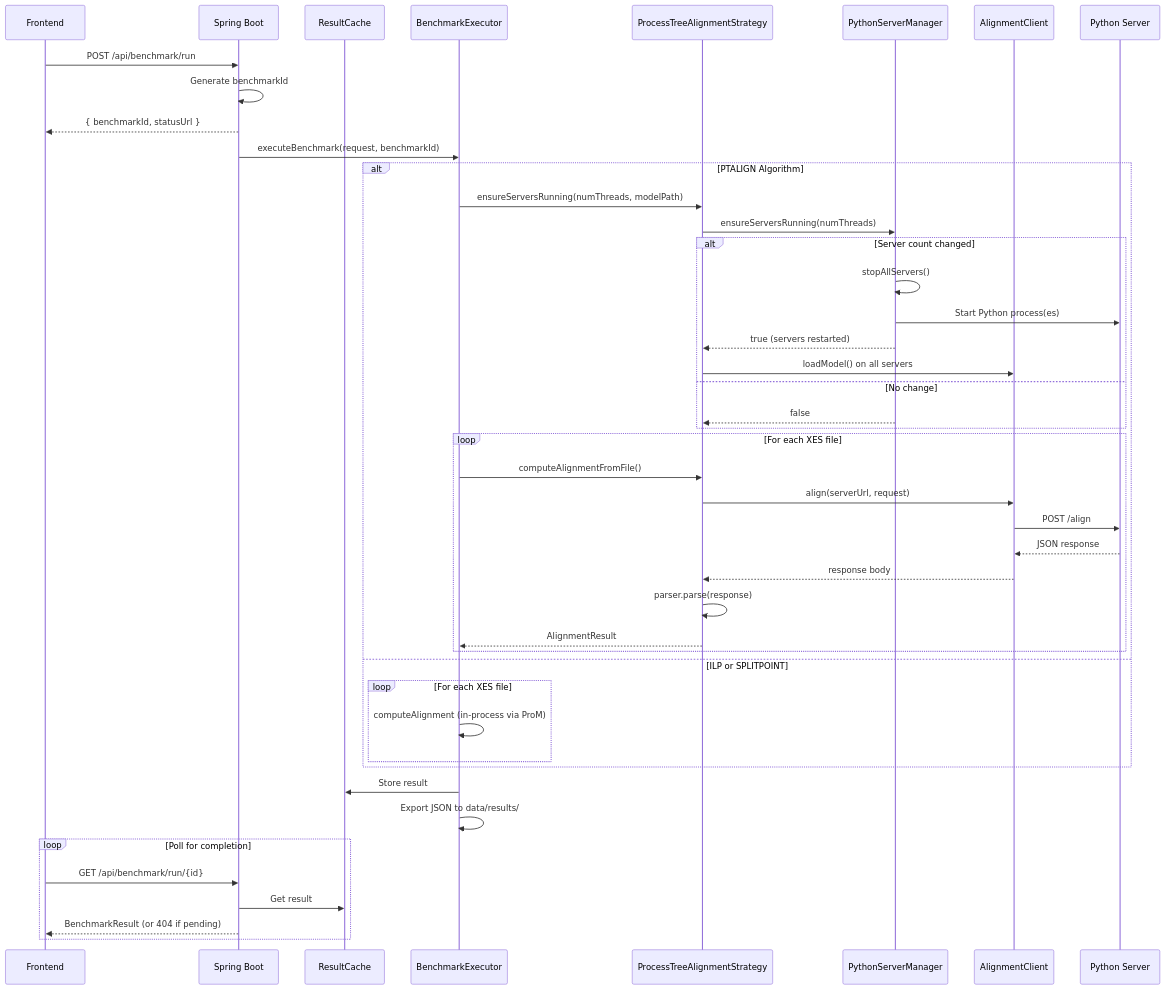
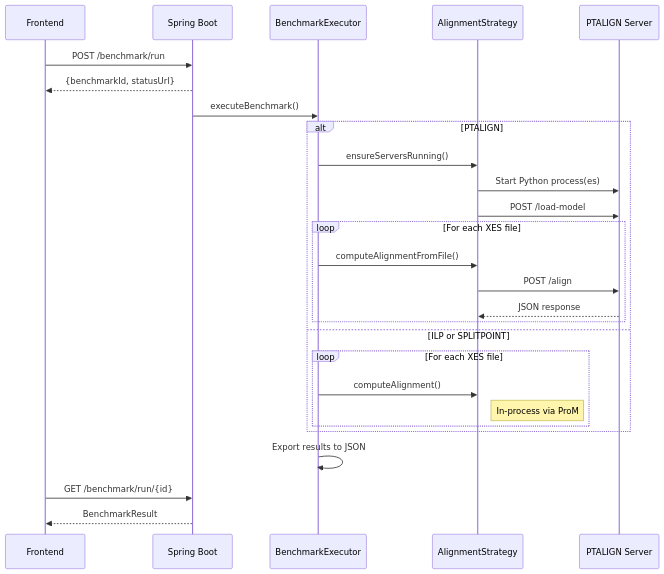
The second of 4 diagrams in docs/architecture.md (christ0ph-w/ccBenchmarkTool), drawn with Mermaid before and after one commit. The commit also changed other lines of this file and 12 other files, not shown here.

````diff
--- a/docs/architecture.md
+++ b/docs/architecture.md
@@ -108,54 +56,34 @@
 ```mermaid
 sequenceDiagram
     participant UI as Frontend
     participant API as Spring Boot
-    participant Cache as ResultCache
     participant Exec as BenchmarkExecutor
-    participant Strategy as ProcessTreeAlignmentStrategy
-    participant ServerMgr as PythonServerManager
-    participant Client as AlignmentClient
-    participant Server as Python Server
+    participant Strategy as AlignmentStrategy
+    participant Server as PTALIGN Server
     
-    UI->>API: POST /api/benchmark/run
-    API->>API: Generate benchmarkId
-    API-->>UI: { benchmarkId, statusUrl }
+    UI->>API: POST /benchmark/run
+    API-->>UI: {benchmarkId, statusUrl}
     
-    API->>Exec: executeBenchmark(request, benchmarkId)
+    API->>Exec: executeBenchmark()
     
-    alt PTALIGN Algorithm
-        Exec->>Strategy: ensureServersRunning(numThreads, modelPath)
-        Strategy->>ServerMgr: ensureServersRunning(numThreads)
-        
-        alt Server count changed
-            ServerMgr->>ServerMgr: stopAllServers()
-            ServerMgr->>Server: Start Python process(es)
-            ServerMgr-->>Strategy: true (servers restarted)
-            Strategy->>Client: loadModel() on all servers
-        else No change
-            ServerMgr-->>Strategy: false
-        end
-        
+    alt PTALIGN
+        Exec->>Strategy: ensureServersRunning()
+        Strategy->>Server: Start Python process(es)
+        Strategy->>Server: POST /load-model
         loop For each XES file
             Exec->>Strategy: computeAlignmentFromFile()
-            Strategy->>Client: align(serverUrl, request)
-            Client->>Server: POST /align
-            Server-->>Client: JSON response
-            Client-->>Strategy: response body
-            Strategy->>Strategy: parser.parse(response)
-            Strategy-->>Exec: AlignmentResult
+            Strategy->>Server: POST /align
+            Server-->>Strategy: JSON response
         end
     else ILP or SPLITPOINT
         loop For each XES file
-            Exec->>Exec: computeAlignment (in-process via ProM)
+            Exec->>Strategy: computeAlignment()
+            Note right of Strategy: In-process via ProM
         end
     end
     
-    Exec->>Cache: Store result
-    Exec->>Exec: Export JSON to data/results/
+    Exec->>Exec: Export results to JSON
     
-    loop Poll for completion
-        UI->>API: GET /api/benchmark/run/{id}
-        API->>Cache: Get result
-        API-->>UI: BenchmarkResult (or 404 if pending)
-    end
+    UI->>API: GET /benchmark/run/{id}
+    API-->>UI: BenchmarkResult
 ```
````
